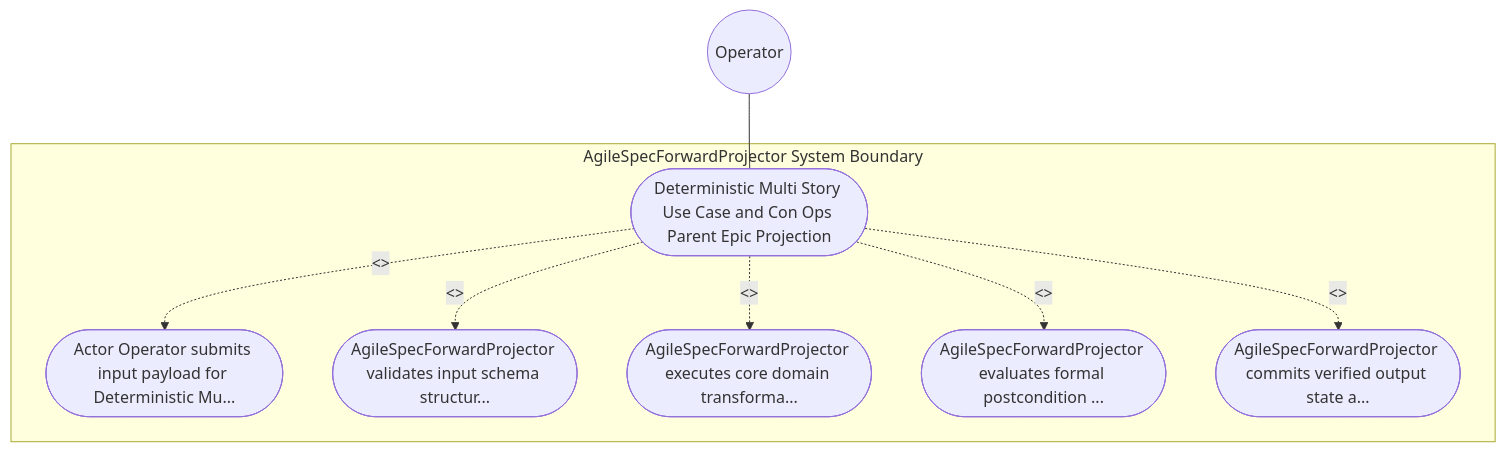
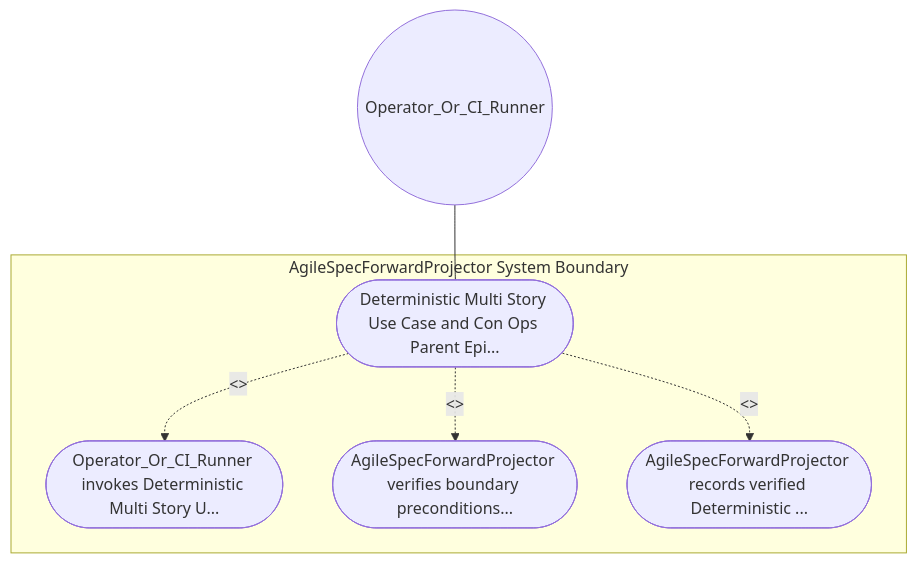
One commit to gintatkinson/DEAP01-spec-core changed the diagram in .pipeline/upstream/docs/use-cases/UC-16-Deterministic_Multi_Story_Use_Case_and_ConOps_Parent_Epic_Projection.md. Above: the diagram before and after it, drawn with Mermaid. The commit also changed other lines of this file and 213 other files, not shown here.

````diff
--- a/.pipeline/upstream/docs/use-cases/UC-16-Deterministic_Multi_Story_Use_Case_and_ConOps_Parent_Epic_Projection.md
+++ b/.pipeline/upstream/docs/use-cases/UC-16-Deterministic_Multi_Story_Use_Case_and_ConOps_Parent_Epic_Projection.md
@@ -16,17 +16,13 @@
 ```mermaid
 graph TD
     subgraph "AgileSpecForwardProjector System Boundary"
-        UC_Main(["Deterministic Multi Story Use Case and Con Ops Parent Epic Projection"])
-        UC_Step01(["Actor Operator submits input payload for Deterministic Mu..."])
-        UC_Step02(["AgileSpecForwardProjector validates input schema structur..."])
-        UC_Step03(["AgileSpecForwardProjector executes core domain transforma..."])
-        UC_Step04(["AgileSpecForwardProjector evaluates formal postcondition ..."])
-        UC_Step05(["AgileSpecForwardProjector commits verified output state a..."])
+        UC_Main(["Deterministic Multi Story Use Case and Con Ops Parent Epi..."])
+        UC_Step01(["Operator_Or_CI_Runner invokes Deterministic Multi Story U..."])
+        UC_Step02(["AgileSpecForwardProjector verifies boundary preconditions..."])
+        UC_Step03(["AgileSpecForwardProjector records verified Deterministic ..."])
     end
-    Operator(("Operator")) --- UC_Main
+    Operator_Or_CI_Runner(("Operator_Or_CI_Runner")) --- UC_Main
     UC_Main -. "<<include>>" .-> UC_Step01
     UC_Main -. "<<include>>" .-> UC_Step02
     UC_Main -. "<<include>>" .-> UC_Step03
-    UC_Main -. "<<include>>" .-> UC_Step04
-    UC_Main -. "<<include>>" .-> UC_Step05
 ```
````
